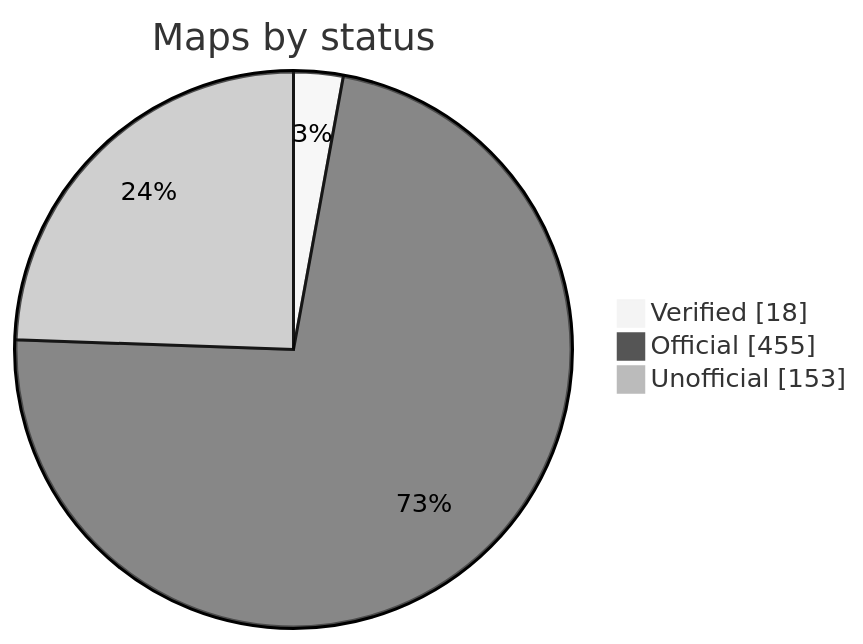
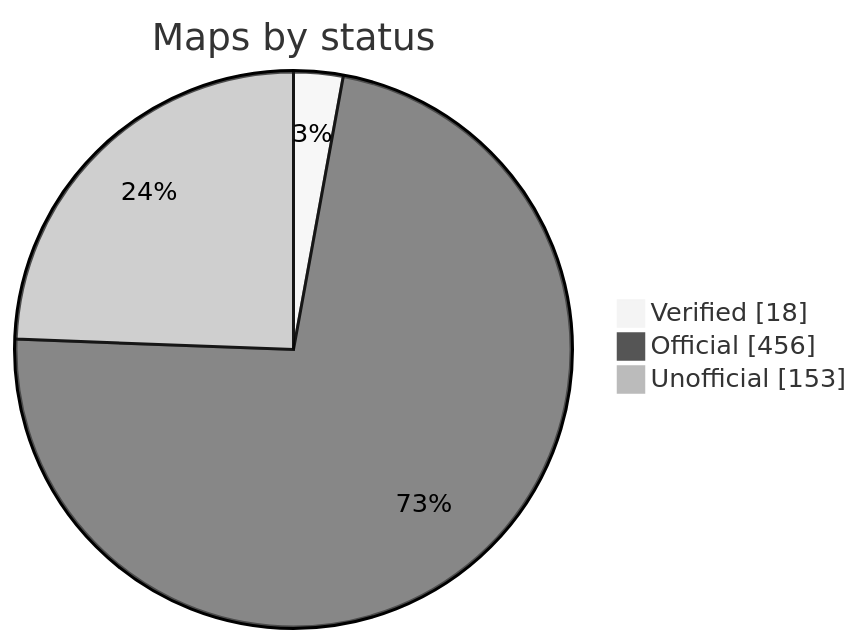
Before and after one commit to nobrega8/mbmap-library: the diagram in README.md, drawn with Mermaid (neutral theme). The commit also changed 6 other files, not shown here.

````diff
--- a/README.md
+++ b/README.md
@@ -52,7 +52,7 @@
 ```mermaid
 pie showData
     title Maps by status
     "Verified" : 18
-    "Official" : 455
+    "Official" : 456
     "Unofficial" : 153
 ```
````
